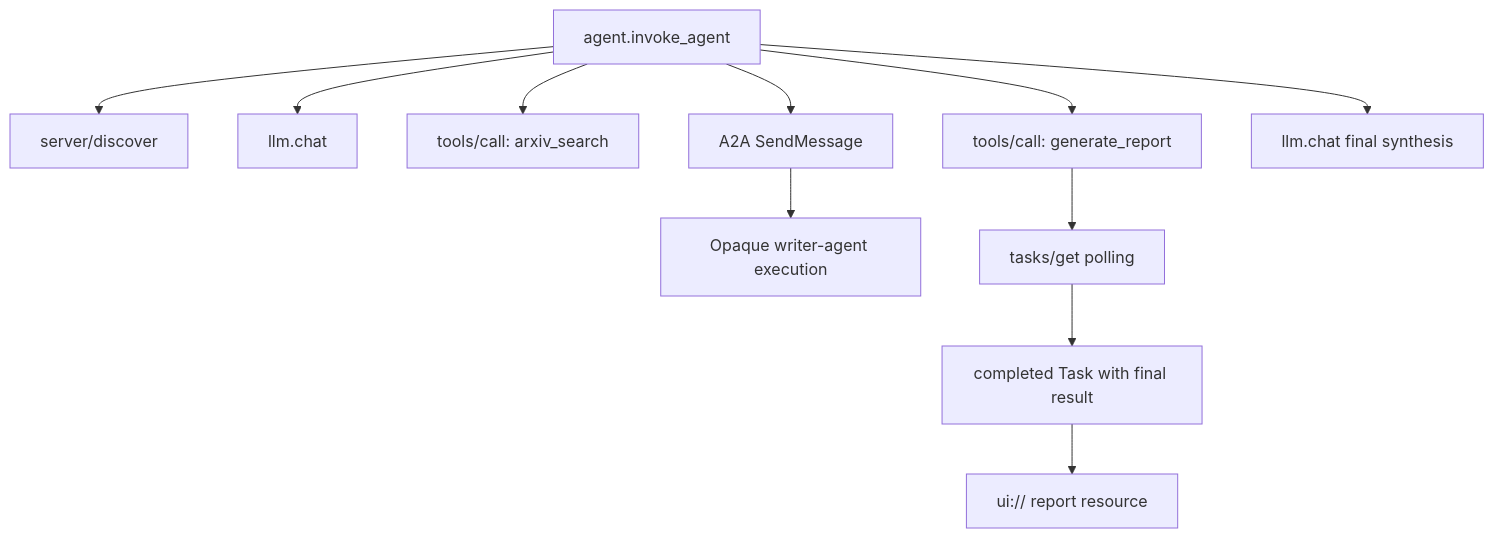
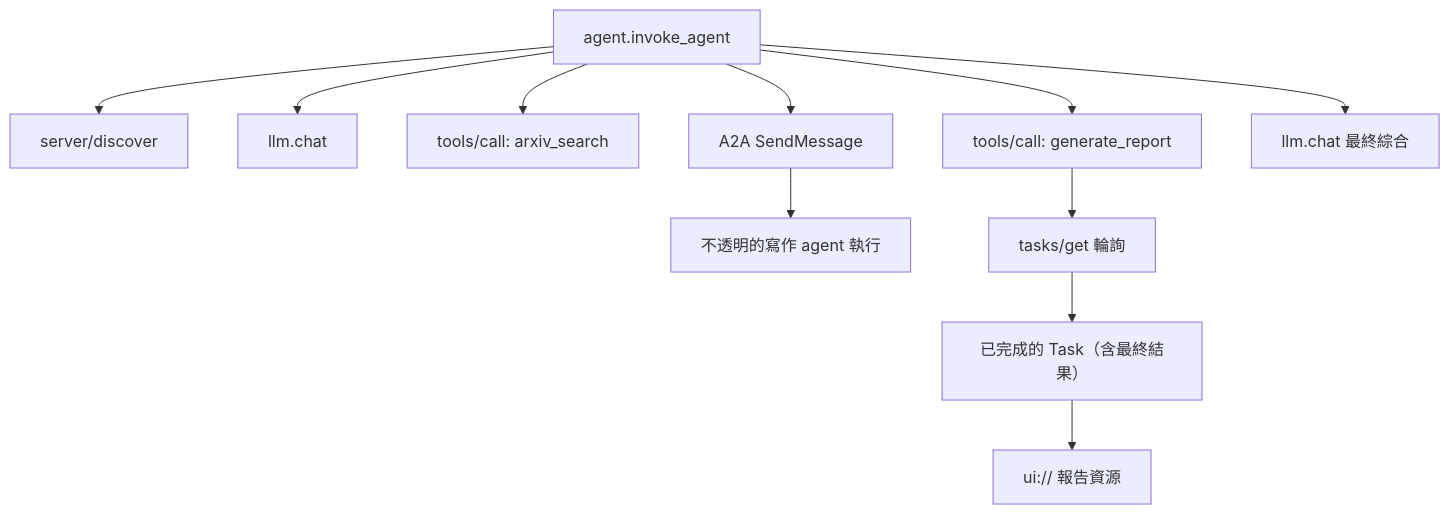
One commit to edward821220/ai-engineering-from-scratch changed the second of 3 diagrams in i18n/zh-TW/phases/13-tools-and-protocols/23-capstone-tool-ecosystem/docs/zh-TW.md. Above: the diagram before and after it, drawn with Mermaid. The commit also changed other lines of this file and 26 other files, not shown here.

````diff
--- a/i18n/zh-TW/phases/13-tools-and-protocols/23-capstone-tool-ecosystem/docs/zh-TW.md
+++ b/i18n/zh-TW/phases/13-tools-and-protocols/23-capstone-tool-ecosystem/docs/zh-TW.md
@@ -62,13 +62,13 @@
 ```mermaid
 flowchart TD
   I[agent.invoke_agent] --> SD[server/discover]
   I --> L1[llm.chat]
   I --> S[tools/call: arxiv_search]
   I --> D[A2A SendMessage]
-  D --> X[Opaque writer-agent execution]
+  D --> X[不透明的寫作 agent 執行]
   I --> G[tools/call: generate_report]
-  G --> K[tasks/get polling]
-  K --> V[completed Task with final result]
-  V --> UI[ui:// report resource]
-  I --> L2[llm.chat final synthesis]
+  G --> K[tasks/get 輪詢]
+  K --> V[已完成的 Task（含最終結果）]
+  V --> UI[ui:// 報告資源]
+  I --> L2[llm.chat 最終綜合]
 ```
````
